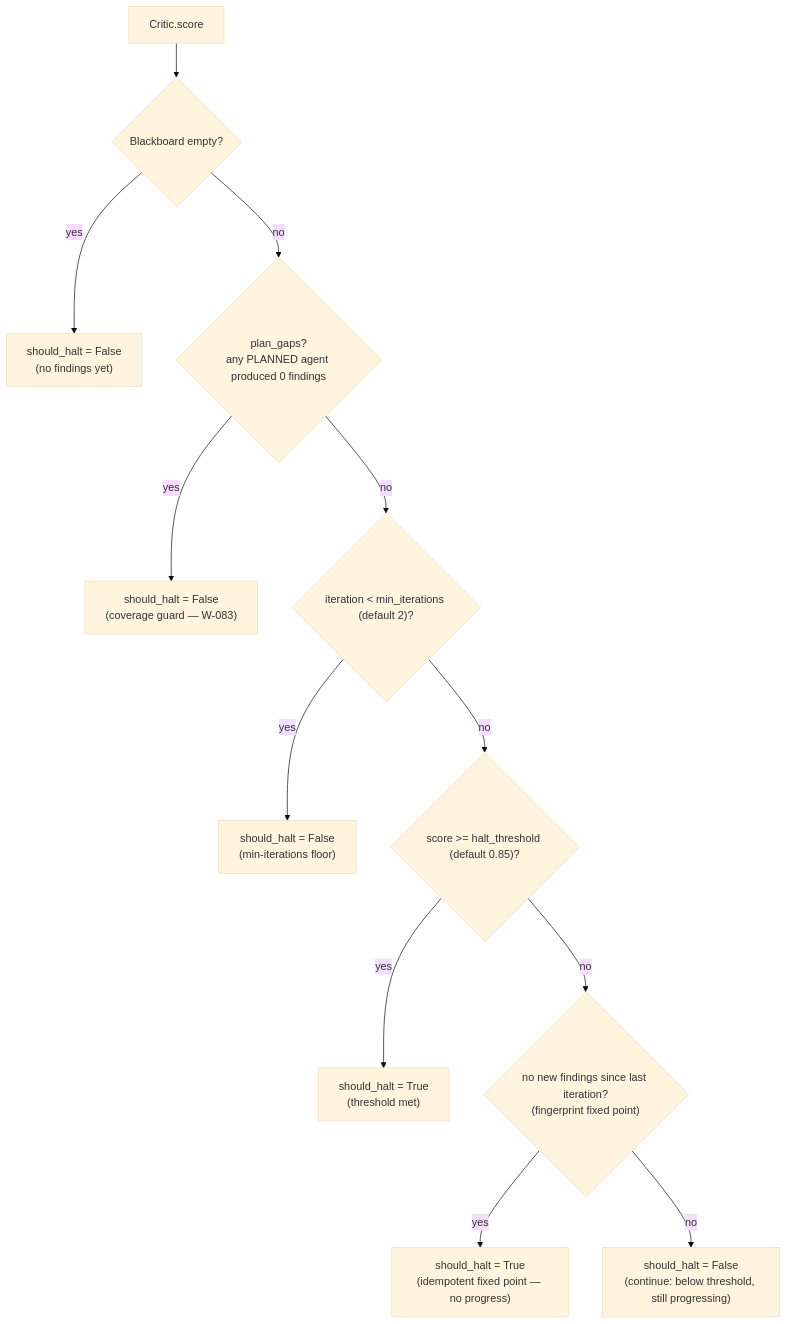
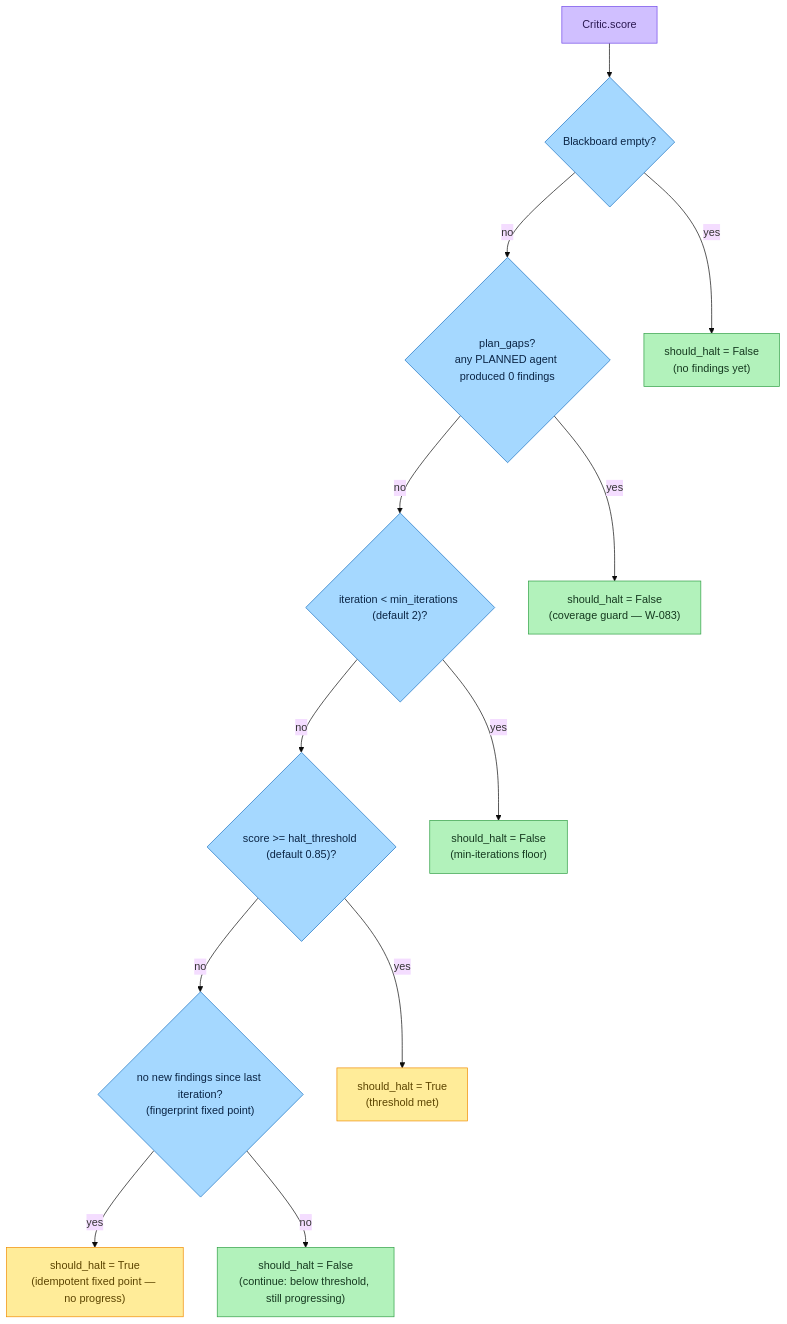
One commit to galvangabriel-web/agentropix-mcp changed the second of 2 diagrams in docs/02-architecture/trinity-loop.md. Above: the diagram before and after it, drawn with Mermaid (base theme). The commit also changed other lines of this file and 20 other files, not shown here.

First line of the commit message:
Diagram readability pass (workflow): redesign diagrams for size/clarity + audit log

````diff
--- a/docs/02-architecture/trinity-loop.md
+++ b/docs/02-architecture/trinity-loop.md
@@ -116,14 +126,25 @@
 ```mermaid
 graph TD
     S[Critic.score] --> E{Blackboard empty?}
+    E -- "no" --> PG{"plan_gaps?<br/>any PLANNED agent produced 0 findings"}
+    PG -- "no" --> MI{"iteration < min_iterations (default 2)?"}
+    MI -- "no" --> TH{"score >= halt_threshold (default 0.85)?"}
+    TH -- "no" --> NP{"no new findings since last iteration?<br/>(fingerprint fixed point)"}
+
     E -- "yes" --> NH0["should_halt = False<br/>(no findings yet)"]
-    E -- "no" --> PG{"plan_gaps?<br/>any PLANNED agent produced 0 findings"}
     PG -- "yes" --> NH1["should_halt = False<br/>(coverage guard — W-083)"]
-    PG -- "no" --> MI{"iteration < min_iterations (default 2)?"}
     MI -- "yes" --> NH2["should_halt = False<br/>(min-iterations floor)"]
-    MI -- "no" --> TH{"score >= halt_threshold (default 0.85)?"}
     TH -- "yes" --> H1["should_halt = True<br/>(threshold met)"]
-    TH -- "no" --> NP{"no new findings since last iteration?<br/>(fingerprint fixed point)"}
     NP -- "yes" --> H2["should_halt = True<br/>(idempotent fixed point — no progress)"]
     NP -- "no" --> NH3["should_halt = False<br/>(continue: below threshold, still progressing)"]
+
+    classDef actor fill:#d0bfff,stroke:#7048e8,color:#2b1a52
+    classDef api fill:#a5d8ff,stroke:#1971c2,color:#0b2545
+    classDef core fill:#b2f2bb,stroke:#2f9e44,color:#15391f
+    classDef sink fill:#ffec99,stroke:#f08c00,color:#5c4400
+
+    class S actor
+    class E,PG,MI,TH,NP api
+    class H1,H2 sink
+    class NH0,NH1,NH2,NH3 core
 ```
````
